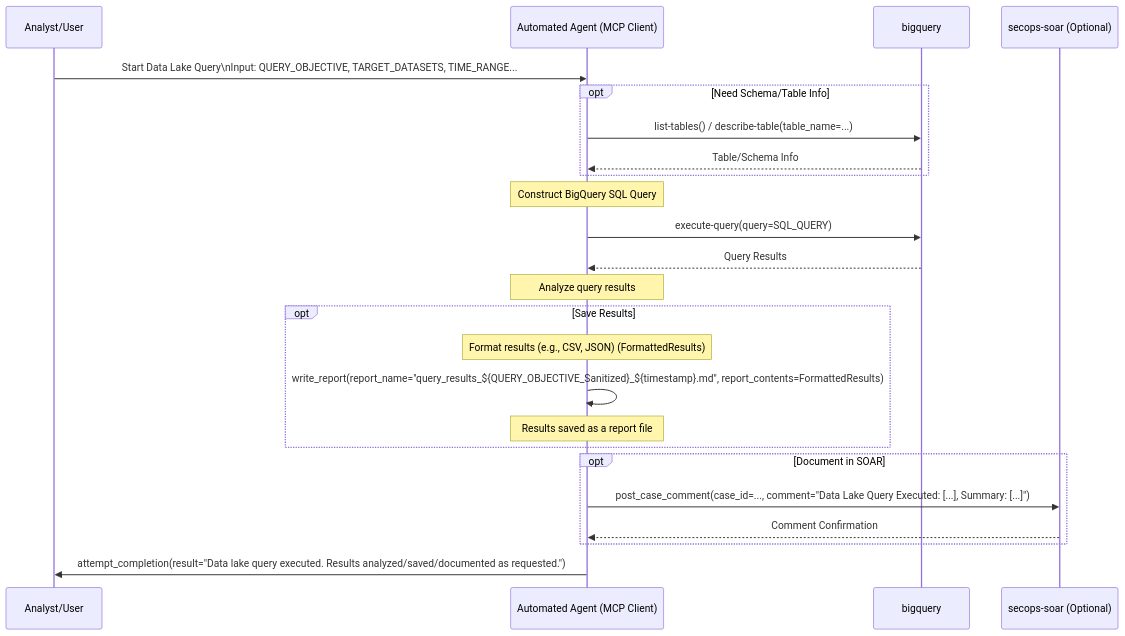
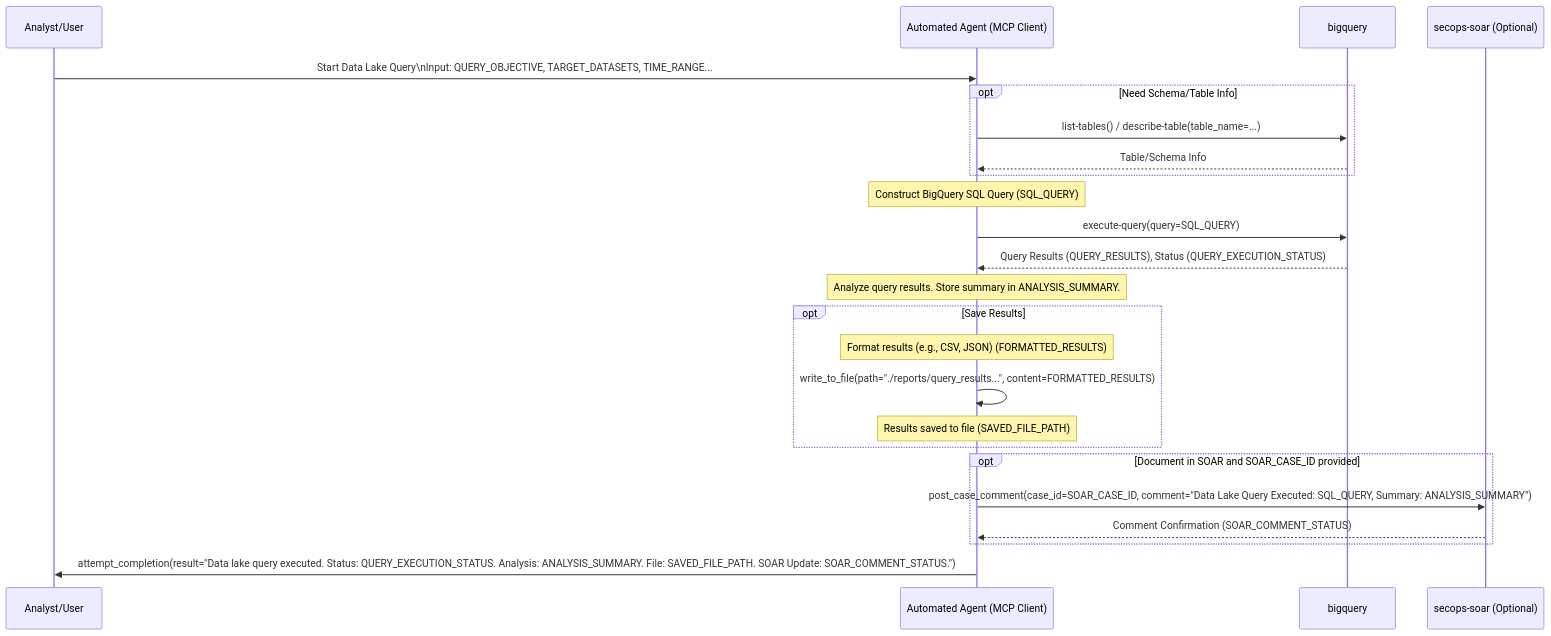
One commit to dandye/adk_runbooks changed the diagram in rules-bank/run_books/data_lake_queries.md. Above: the diagram before and after it, drawn with Mermaid. The commit also changed other lines of this file and 1 other file, not shown here.

````diff
--- a/rules-bank/run_books/data_lake_queries.md
+++ b/rules-bank/run_books/data_lake_queries.md
@@ -34,39 +56,39 @@
 ```{mermaid}
 sequenceDiagram
     participant Analyst/User
     participant AutomatedAgent as Automated Agent (MCP Client)
     participant BigQuery as bigquery
     participant SOAR as secops-soar (Optional)
 
     Analyst/User->>AutomatedAgent: Start Data Lake Query\nInput: QUERY_OBJECTIVE, TARGET_DATASETS, TIME_RANGE...
 
     %% Step 1: Define Query
     opt Need Schema/Table Info
         AutomatedAgent->>BigQuery: list-tables() / describe-table(table_name=...)
         BigQuery-->>AutomatedAgent: Table/Schema Info
     end
-    Note over AutomatedAgent: Construct BigQuery SQL Query
+    Note over AutomatedAgent: Construct BigQuery SQL Query (SQL_QUERY)
 
     %% Step 2: Execute Query
     AutomatedAgent->>BigQuery: execute-query(query=SQL_QUERY)
-    BigQuery-->>AutomatedAgent: Query Results
+    BigQuery-->>AutomatedAgent: Query Results (QUERY_RESULTS), Status (QUERY_EXECUTION_STATUS)
 
     %% Step 3: Analyze Results
-    Note over AutomatedAgent: Analyze query results
+    Note over AutomatedAgent: Analyze query results. Store summary in ANALYSIS_SUMMARY.
 
     %% Step 4: Format/Save Results (Optional)
     opt Save Results
-        Note over AutomatedAgent: Format results (e.g., CSV, JSON) (FormattedResults)
-        AutomatedAgent->>AutomatedAgent: write_report(report_name="query_results_${QUERY_OBJECTIVE_Sanitized}_${timestamp}.md", report_contents=FormattedResults)
-        Note over AutomatedAgent: Results saved as a report file
+        Note over AutomatedAgent: Format results (e.g., CSV, JSON) (FORMATTED_RESULTS)
+        AutomatedAgent->>AutomatedAgent: write_to_file(path="./reports/query_results...", content=FORMATTED_RESULTS)
+        Note over AutomatedAgent: Results saved to file (SAVED_FILE_PATH)
     end
 
     %% Step 5: Document (Optional)
-    opt Document in SOAR
-        AutomatedAgent->>SOAR: post_case_comment(case_id=..., comment="Data Lake Query Executed: [...], Summary: [...]")
-        SOAR-->>AutomatedAgent: Comment Confirmation
+    opt Document in SOAR and SOAR_CASE_ID provided
+        AutomatedAgent->>SOAR: post_case_comment(case_id=SOAR_CASE_ID, comment="Data Lake Query Executed: SQL_QUERY, Summary: ANALYSIS_SUMMARY")
+        SOAR-->>AutomatedAgent: Comment Confirmation (SOAR_COMMENT_STATUS)
     end
 
-    AutomatedAgent->>Analyst/User: attempt_completion(result="Data lake query executed. Results analyzed/saved/documented as requested.")
+    AutomatedAgent->>Analyst/User: attempt_completion(result="Data lake query executed. Status: QUERY_EXECUTION_STATUS. Analysis: ANALYSIS_SUMMARY. File: SAVED_FILE_PATH. SOAR Update: SOAR_COMMENT_STATUS.")
 
 ```
````
